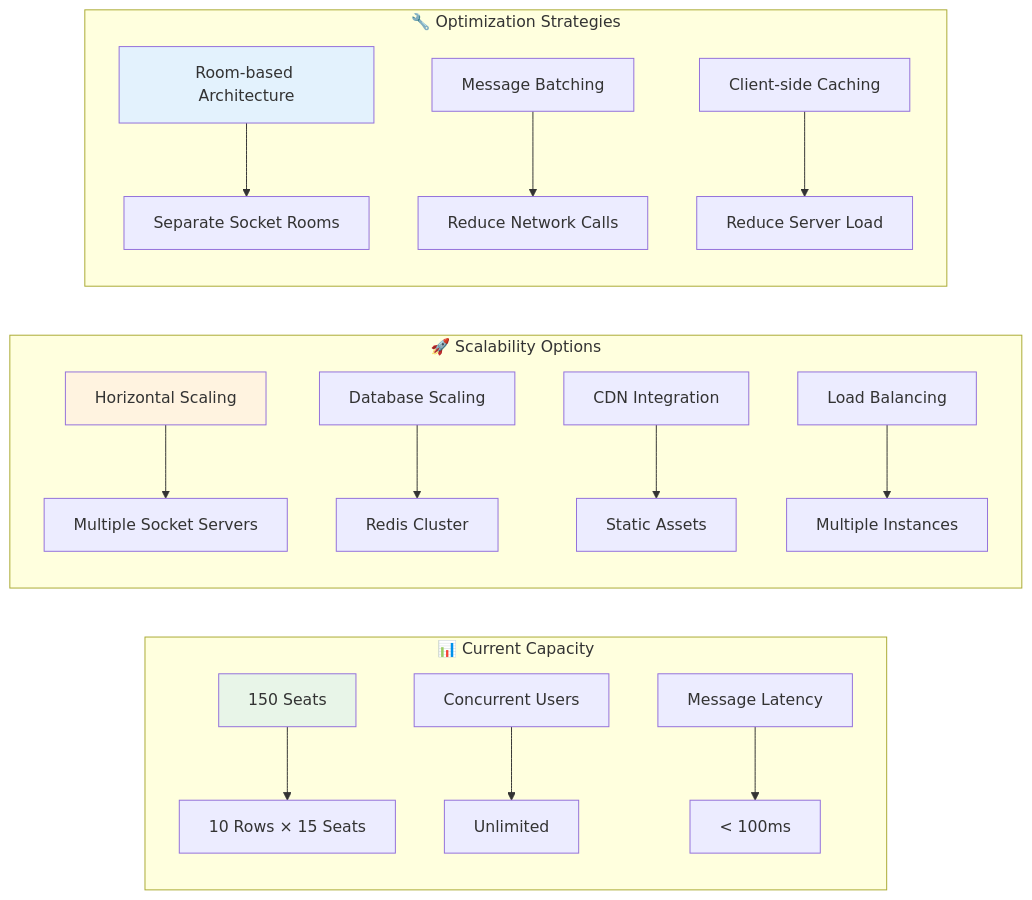
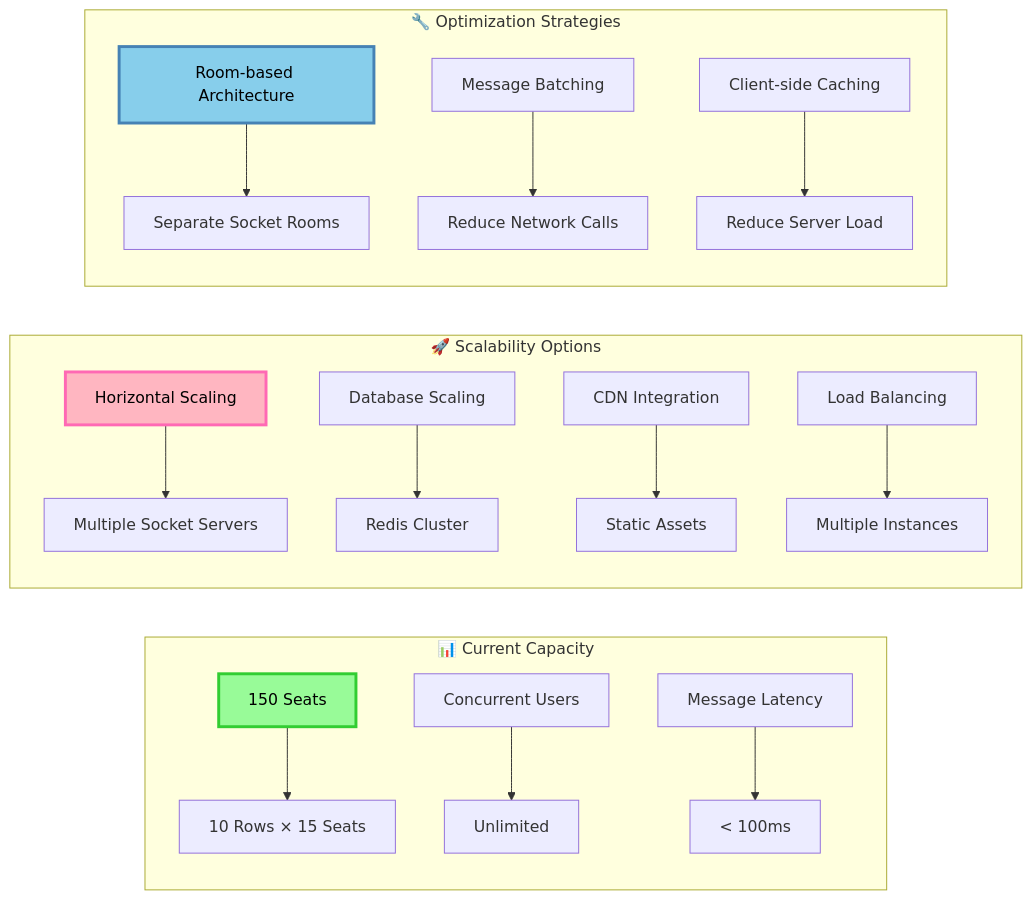
The sixth of 6 diagrams in PROJECT_ARCHITECTURE_DIAGRAM.md (huyguain/websocket), drawn with Mermaid before and after one commit. The commit also changed other lines of this file, not shown here.

Commit message:
Update project architecture diagram styles for improved visual clarity and consistency

````diff
--- a/PROJECT_ARCHITECTURE_DIAGRAM.md
+++ b/PROJECT_ARCHITECTURE_DIAGRAM.md
@@ -287,25 +287,25 @@
 ```mermaid
 graph LR
     subgraph "📊 Current Capacity"
         A[150 Seats] --> B[10 Rows × 15 Seats]
         C[Concurrent Users] --> D[Unlimited]
         E[Message Latency] --> F[< 100ms]
     end
     
     subgraph "🚀 Scalability Options"
         G[Horizontal Scaling] --> H[Multiple Socket Servers]
         I[Database Scaling] --> J[Redis Cluster]
         K[CDN Integration] --> L[Static Assets]
         M[Load Balancing] --> N[Multiple Instances]
     end
     
     subgraph "🔧 Optimization Strategies"
         O[Room-based Architecture] --> P[Separate Socket Rooms]
         Q[Message Batching] --> R[Reduce Network Calls]
         S[Client-side Caching] --> T[Reduce Server Load]
     end
     
-    style A fill:#e8f5e8
-    style G fill:#fff3e0
-    style O fill:#e3f2fd
+    style A fill:#98FB98,stroke:#32CD32,stroke-width:3px,color:#000
+    style G fill:#FFB6C1,stroke:#FF69B4,stroke-width:3px,color:#000
+    style O fill:#87CEEB,stroke:#4682B4,stroke-width:3px,color:#000
 ```
````
